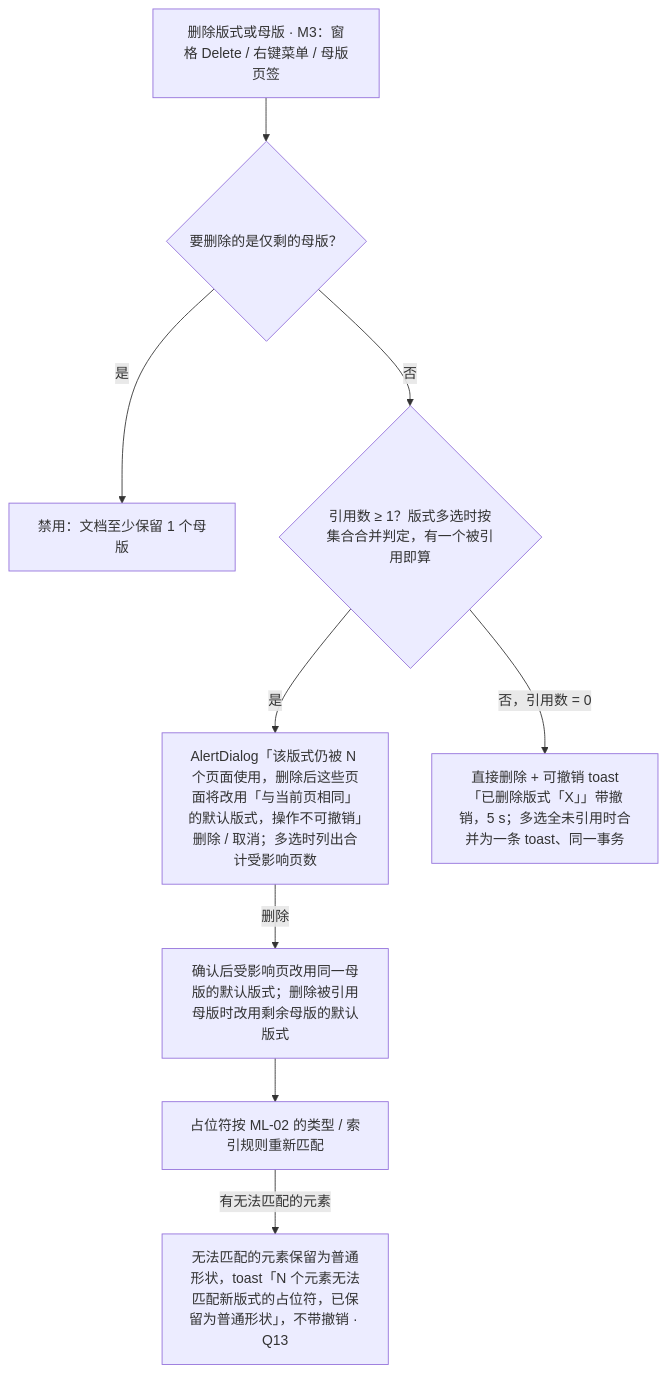
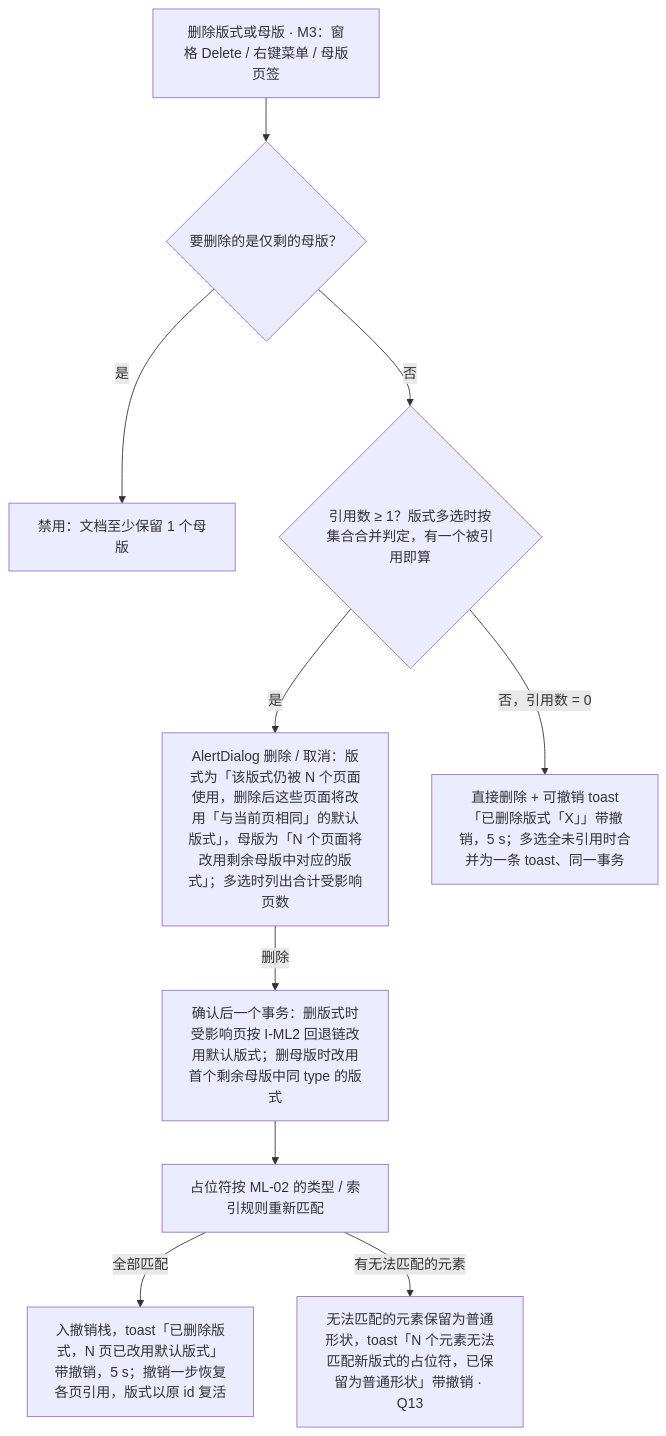
One commit to Xeonice/cordis-ppt-editor changed the third of 3 diagrams in docs/20-design/03-screens/26-master-view-and-editing.md. Above: the diagram before and after it, drawn with Mermaid. The commit also changed other lines of this file and 31 other files, not shown here.

````diff
--- a/docs/20-design/03-screens/26-master-view-and-editing.md
+++ b/docs/20-design/03-screens/26-master-view-and-editing.md
@@ -255,19 +257,21 @@
 ```mermaid
 flowchart TB
   del["删除版式或母版 · M3：窗格 Delete / 右键菜单 / 母版页签"]
   last{"要删除的是仅剩的母版？"}
   dis["禁用：文档至少保留 1 个母版"]
   ref{"引用数 ≥ 1？版式多选时按集合合并判定，有一个被引用即算"}
-  dlg["AlertDialog「该版式仍被 N 个页面使用，删除后这些页面将改用「与当前页相同」的默认版式，操作不可撤销」删除 / 取消；多选时列出合计受影响页数"]
-  apply["确认后受影响页改用同一母版的默认版式；删除被引用母版时改用剩余母版的默认版式"]
+  dlg["AlertDialog 删除 / 取消：版式为「该版式仍被 N 个页面使用，删除后这些页面将改用「与当前页相同」的默认版式」，母版为「N 个页面将改用剩余母版中对应的版式」；多选时列出合计受影响页数"]
+  apply["确认后一个事务：删版式时受影响页按 I-ML2 回退链改用默认版式；删母版时改用首个剩余母版中同 type 的版式"]
   rematch["占位符按 ML-02 的类型 / 索引规则重新匹配"]
-  unm["无法匹配的元素保留为普通形状，toast「N 个元素无法匹配新版式的占位符，已保留为普通形状」，不带撤销 · Q13"]
+  done["入撤销栈，toast「已删除版式，N 页已改用默认版式」带撤销，5 s；撤销一步恢复各页引用，版式以原 id 复活"]
+  unm["无法匹配的元素保留为普通形状，toast「N 个元素无法匹配新版式的占位符，已保留为普通形状」带撤销 · Q13"]
   direct["直接删除 + 可撤销 toast「已删除版式「X」」带撤销，5 s；多选全未引用时合并为一条 toast、同一事务"]
   del --> last
   last -->|"是"| dis
   last -->|"否"| ref
   ref -->|"是"| dlg
   dlg -->|"删除"| apply --> rematch
+  rematch -->|"全部匹配"| done
   rematch -->|"有无法匹配的元素"| unm
   ref -->|"否，引用数 = 0"| direct
 ```
````
